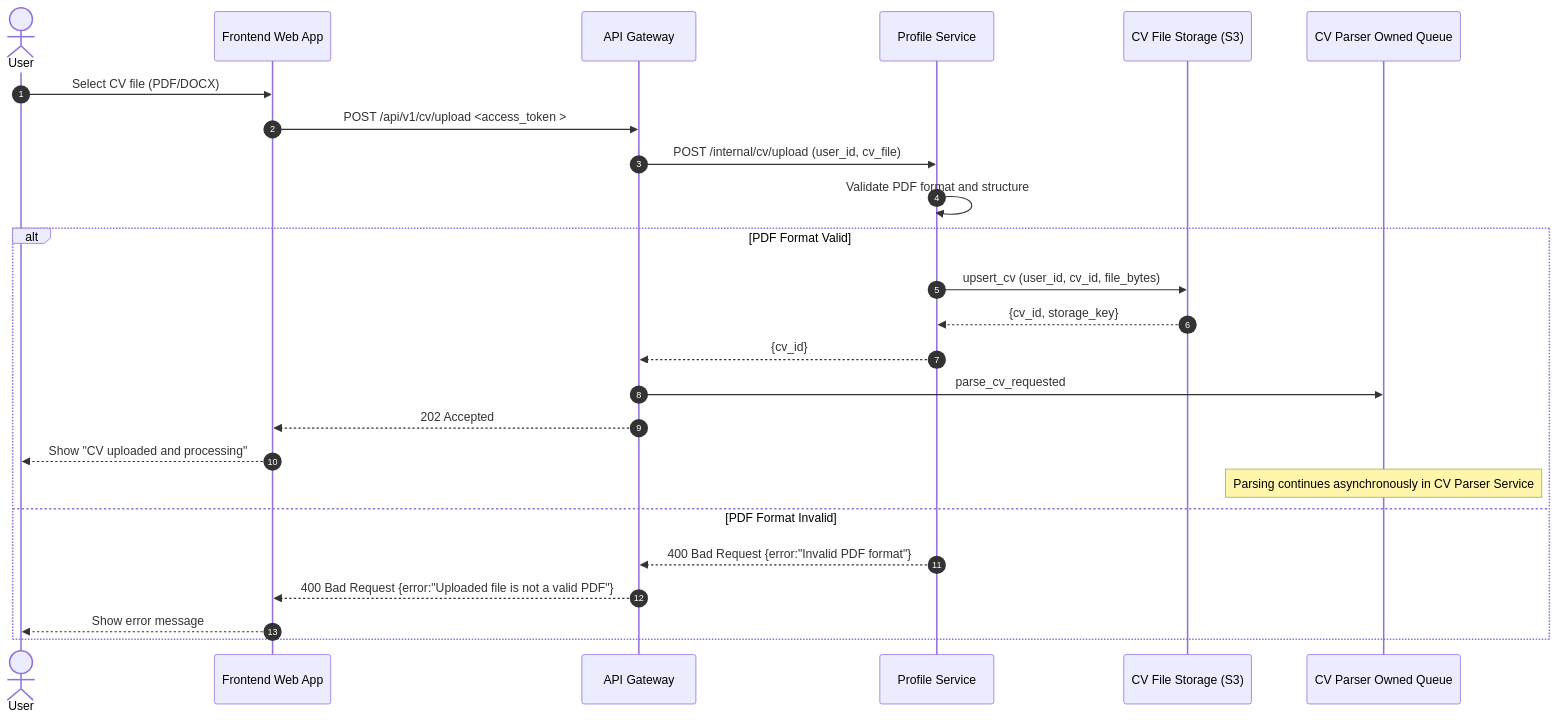
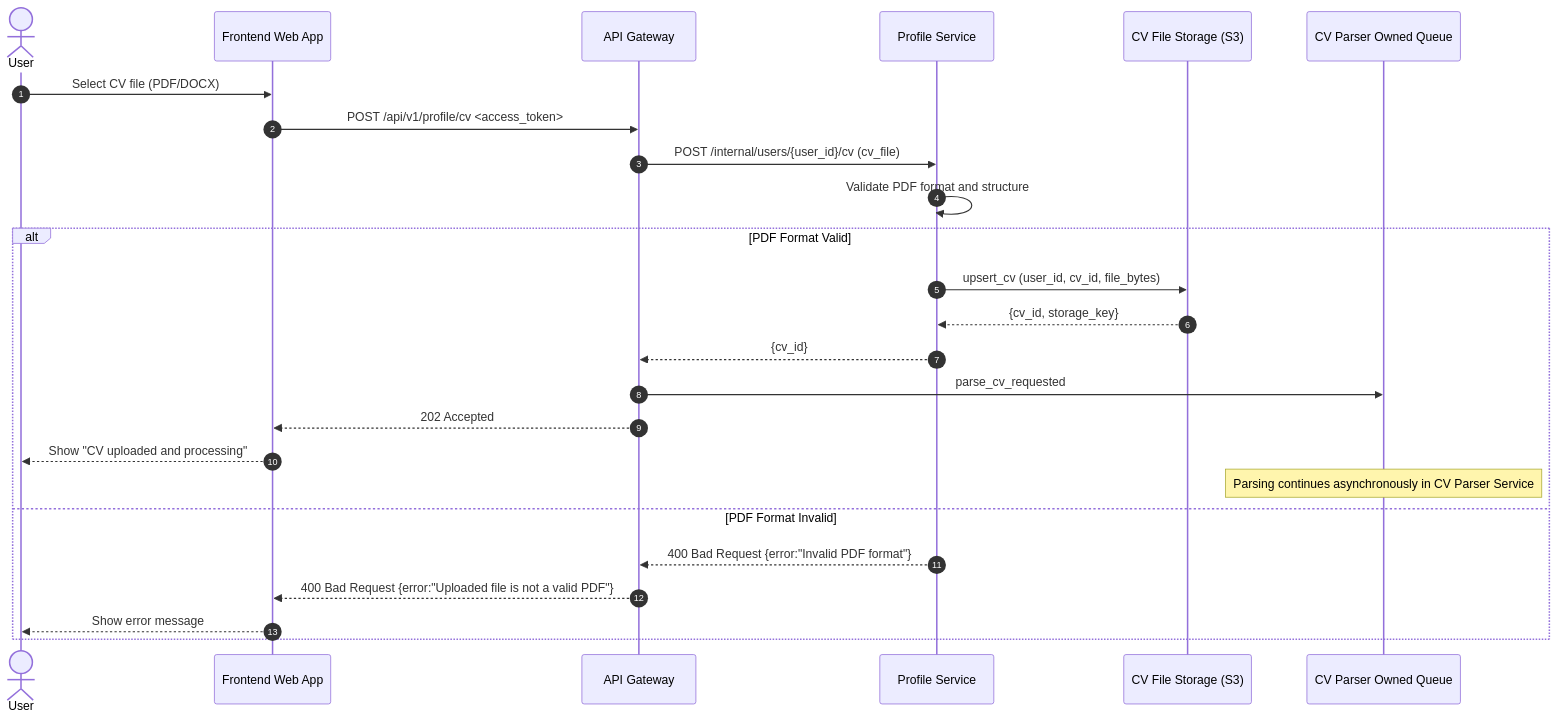
The diagram in docs/03-design/sequence-diagrams/03-upload-cv-flow.md (Kilianrm/cv-match), drawn with Mermaid before and after one commit. The commit also changed 8 other files, not shown here.

Commit message:
docs: sync roadmap, api contract, schema, and service design docs

````diff
--- a/docs/03-design/sequence-diagrams/03-upload-cv-flow.md
+++ b/docs/03-design/sequence-diagrams/03-upload-cv-flow.md
@@ -9,32 +9,32 @@
 ```mermaid
 sequenceDiagram
     autonumber
     actor U as User
     participant FE as Frontend Web App
     participant API as API Gateway
     participant PROFILE as Profile Service
     participant S3 as CV File Storage (S3)
     participant QP as CV Parser Owned Queue
 
     U->>FE: Select CV file (PDF/DOCX)
-    FE->>API: POST /api/v1/cv/upload <access_token >
+    FE->>API: POST /api/v1/profile/cv <access_token>
 
-    API->>PROFILE: POST /internal/cv/upload (user_id, cv_file)
+    API->>PROFILE: POST /internal/users/{user_id}/cv (cv_file)
     PROFILE->>PROFILE: Validate PDF format and structure
     
     alt PDF Format Valid
         PROFILE->>S3: upsert_cv (user_id, cv_id, file_bytes)
         S3-->>PROFILE: {cv_id, storage_key}
         PROFILE-->>API: {cv_id}
 
         API->>QP: parse_cv_requested 
         API-->>FE: 202 Accepted 
         FE-->>U: Show "CV uploaded and processing"
 
         Note over QP: Parsing continues asynchronously in CV Parser Service
     else PDF Format Invalid
         PROFILE-->>API: 400 Bad Request {error:"Invalid PDF format"}
         API-->>FE: 400 Bad Request {error:"Uploaded file is not a valid PDF"}
         FE-->>U: Show error message
     end
 ```
````
